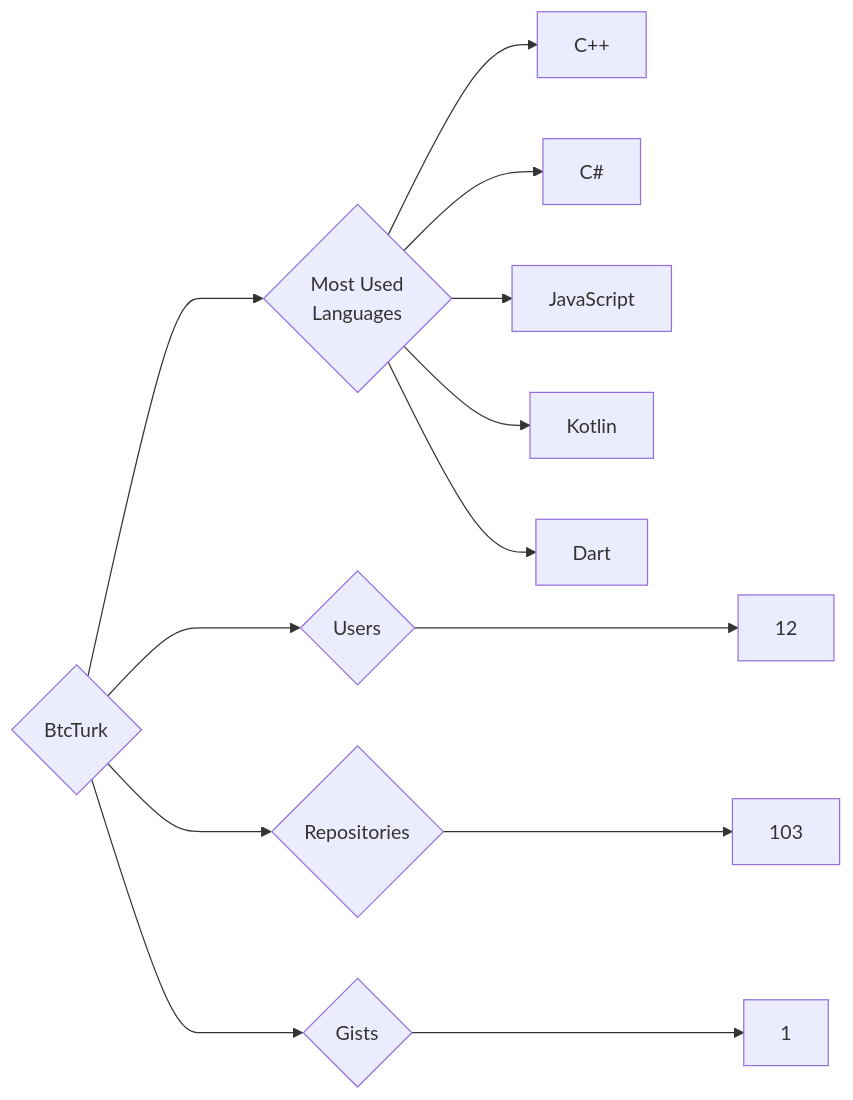
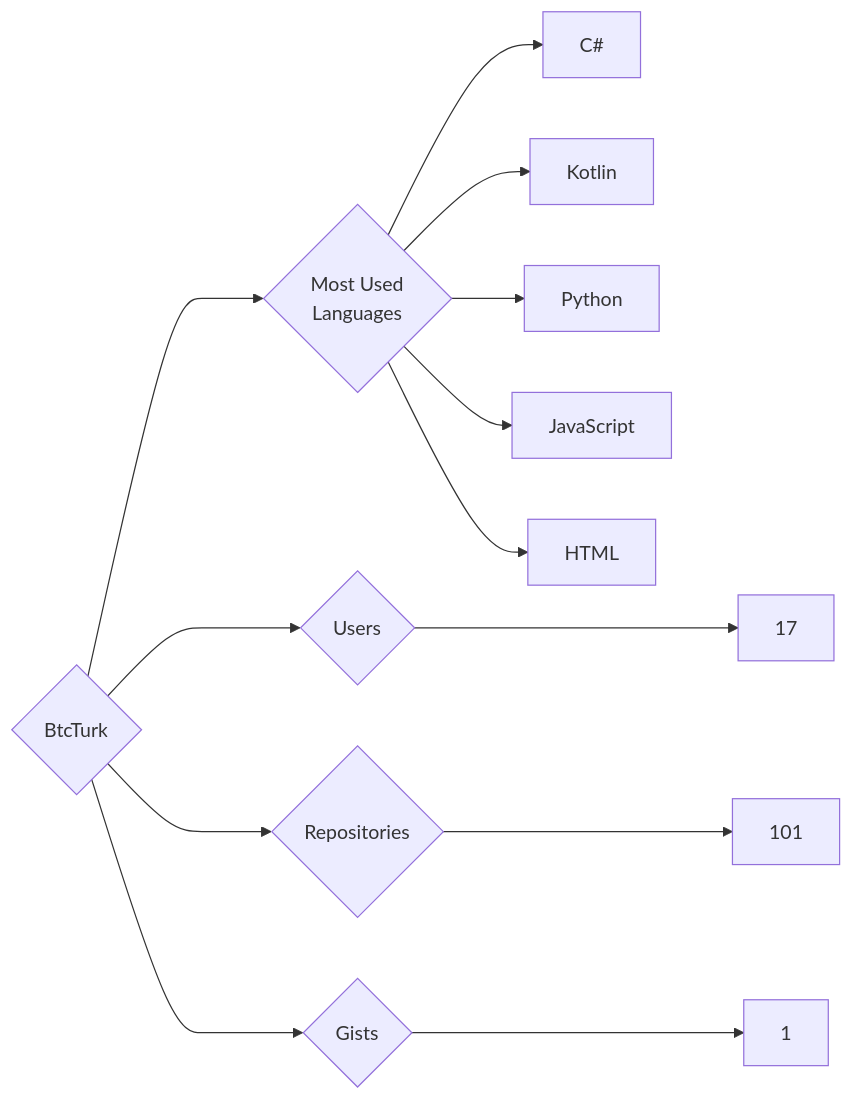
The diagram in targets/BtcTurk/README.md (trickest/insiders), drawn with Mermaid before and after one commit. The commit also changed 752 other files, not shown here.

````diff
--- a/targets/BtcTurk/README.md
+++ b/targets/BtcTurk/README.md
@@ -3,13 +3,13 @@
 ```mermaid
 graph LR
 COMPANY_NAME{BtcTurk}
-COMPANY_NAME ---> U{Users} ---> UN[12]
-COMPANY_NAME ---> R{Repositories} ---> RN[103]
+COMPANY_NAME ---> U{Users} ---> UN[17]
+COMPANY_NAME ---> R{Repositories} ---> RN[101]
 COMPANY_NAME ---> G{Gists} ---> GN[1]
 COMPANY_NAME ---> ML{Most Used<br>Languages}
-ML --> C++[C++]
 ML --> C#[C#]
+ML --> Kotlin[Kotlin]
+ML --> Python[Python]
 ML --> JavaScript[JavaScript]
-ML --> Kotlin[Kotlin]
-ML --> Dart[Dart]
+ML --> HTML[HTML]
 ```
````
